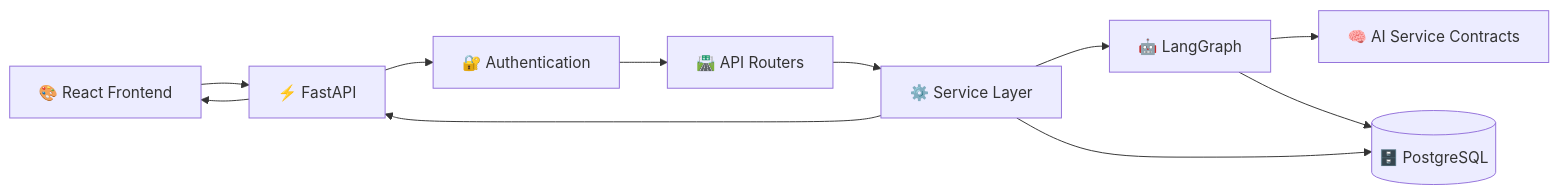
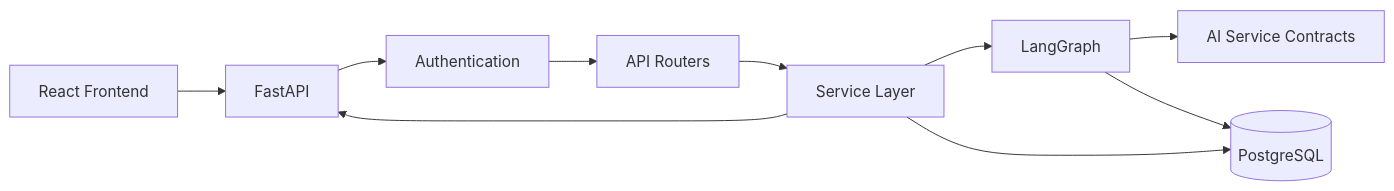
One commit to IlIGODIlI/CarePath-AI changed diagram 11 of 16 in README.md. Above: the diagram before and after it, drawn with Mermaid. The commit also changed other lines of this file, not shown here.

````diff
--- a/README.md
+++ b/README.md
@@ -946,34 +972,33 @@
 ```mermaid
 flowchart LR
 
-    CLIENT["🎨 React Frontend"]
+ CLIENT["React Frontend"]
 
-    API["⚡ FastAPI"]
+ API["FastAPI"]
 
-    AUTH["🔐 Authentication"]
+ AUTH["Authentication"]
 
-    ROUTER["🛣️ API Routers"]
+ ROUTER["API Routers"]
 
-    SERVICE["⚙️ Service Layer"]
+ SERVICE["Service Layer"]
 
-    GRAPH["🤖 LangGraph"]
+ GRAPH["LangGraph"]
 
-    DB[("🗄️ PostgreSQL")]
+ DB[("PostgreSQL")]
 
-    AI["🧠 AI Service Contracts"]
+ AI["AI Service Contracts"]
 
-    CLIENT --> API
-    API --> AUTH
-    AUTH --> ROUTER
+ CLIENT --> API
+ API --> AUTH
+ AUTH --> ROUTER
 
-    ROUTER --> SERVICE
+ ROUTER --> SERVICE
 
-    SERVICE --> GRAPH
-    SERVICE --> DB
+ SERVICE --> GRAPH
+ SERVICE --> DB
 
-    GRAPH --> AI
-    GRAPH --> DB
+ GRAPH --> AI
+ GRAPH --> DB
 
-    SERVICE --> API
-    API --> CLIENT
+ SERVICE --> API
 ```
````
